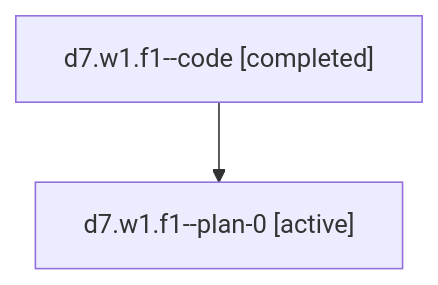
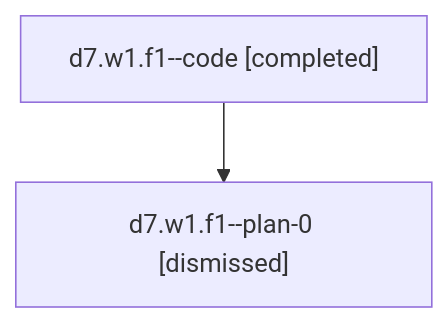
Before and after one commit to sase-org/sase--agents: the diagram in sessions/bbugyi200.athena.d7.w1.f1.md, drawn with Mermaid. The commit also changed other lines of this file and 69 other files, not shown here.

````diff
--- a/sessions/bbugyi200.athena.d7.w1.f1.md
+++ b/sessions/bbugyi200.athena.d7.w1.f1.md
@@ -9,6 +9,6 @@
 ```mermaid
 flowchart TD
   n0["d7.w1.f1--code [completed]"]
-  n1["d7.w1.f1--plan-0 [active]"]
+  n1["d7.w1.f1--plan-0 [dismissed]"]
   n0 --> n1
 ```
````
